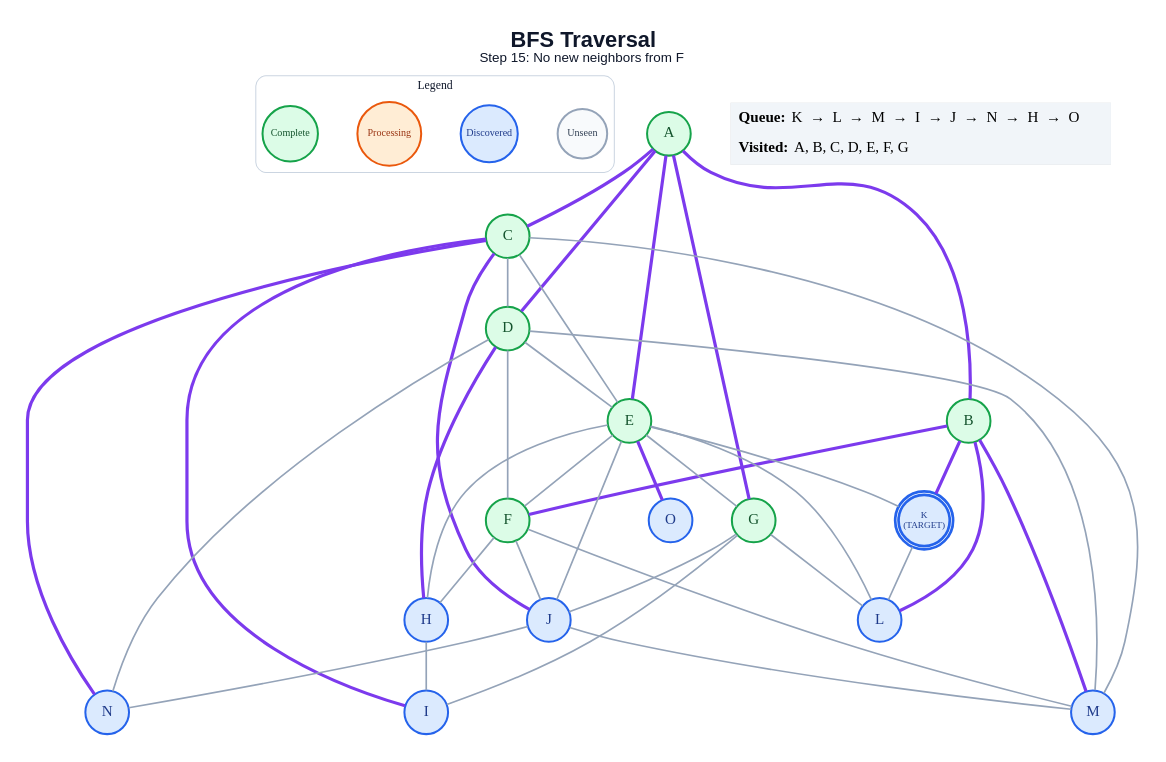
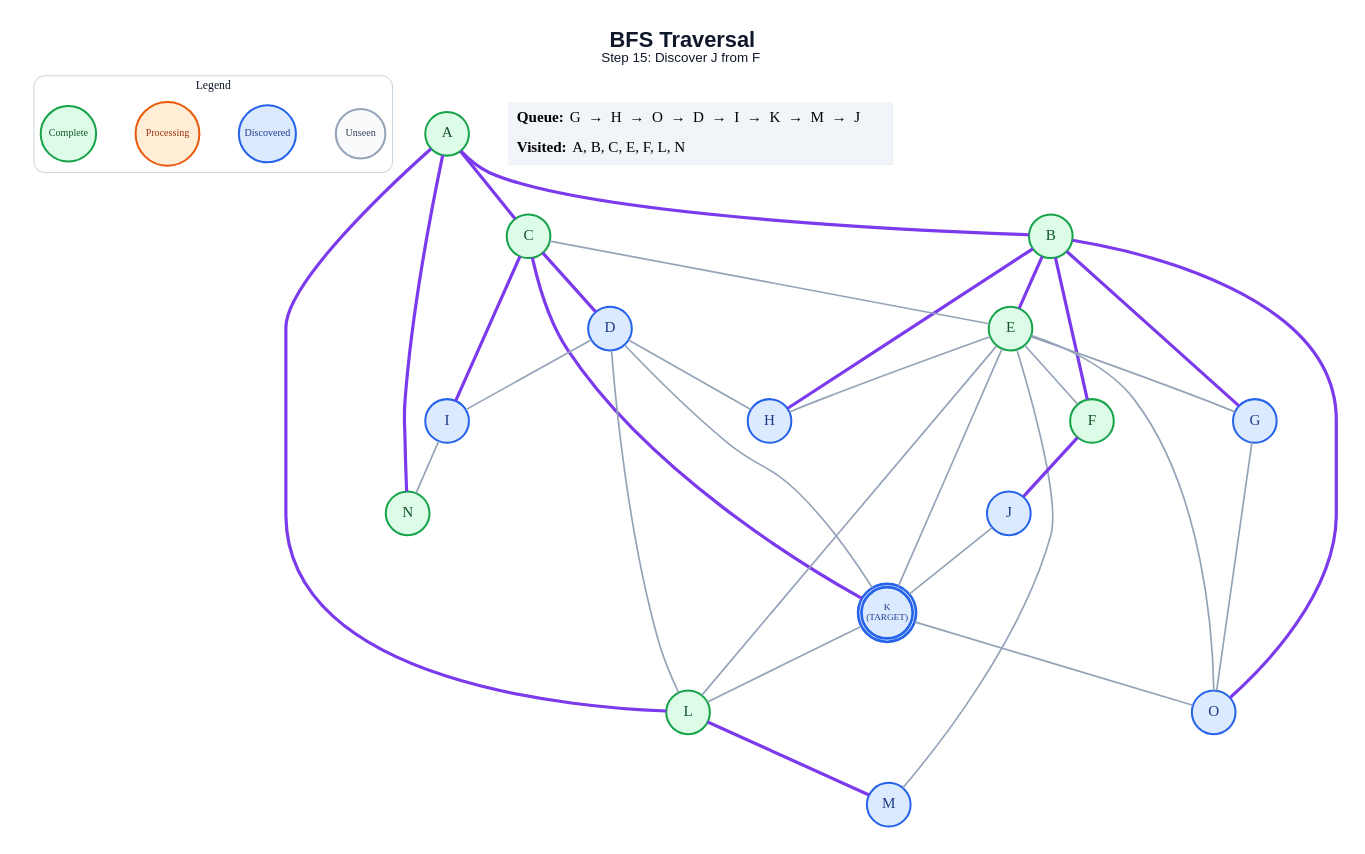
One commit to anon7238593-create/ai-slop changed the diagram in generated/specific-node/bfs/step_15.dot. Above: the diagram before and after it, drawn with Graphviz. The commit also changed 228 other files, not shown here.

```diff
--- a/generated/specific-node/bfs/step_15.dot
+++ b/generated/specific-node/bfs/step_15.dot
@@ -1,71 +1,65 @@
 graph traversal {
   graph [layout=dot, rankdir=TB, bgcolor="#FFFFFF", pad="0.35", nodesep="0.65", ranksep="0.8", fontname="Arial"];
   node [shape=circle, style="filled", fontname="Arial Bold", fontsize=18, width=0.72, fixedsize=true, penwidth=2.4];
   edge [color="#94A3B8", penwidth=2.0];
-  label=<<B>BFS Traversal</B><BR/><FONT POINT-SIZE="16">Step 15: No new neighbors from F</FONT>>; labelloc="t"; fontsize=26; fontname="Arial"; fontcolor="#0F172A";
+  label=<<B>BFS Traversal</B><BR/><FONT POINT-SIZE="16">Step 15: Discover J from F</FONT>>; labelloc="t"; fontsize=26; fontname="Arial"; fontcolor="#0F172A";
   subgraph cluster_legend { label="Legend"; color="#CBD5E1"; penwidth=1.2; style="rounded"; fontsize=14; fontname="Arial Bold";
     key_unseen [label="Unseen", fillcolor="#F8FAFC", color="#94A3B8", fontcolor="#334155", fontsize=12, width=0.82];
     key_frontier [label="Discovered", fillcolor="#DBEAFE", color="#2563EB", fontcolor="#1E3A8A", fontsize=12, width=0.95];
     key_current [label="Processing", fillcolor="#FFEDD5", color="#EA580C", fontcolor="#9A3412", fontsize=12, width=1.05];
     key_done [label="Complete", fillcolor="#DCFCE7", color="#16A34A", fontcolor="#14532D", fontsize=12, width=0.92];
     { rank=same; key_unseen; key_frontier; key_current; key_done; }
   }
   A [label="A", fillcolor="#DCFCE7", color="#16A34A", fontcolor="#14532D", peripheries=1, penwidth=2.4];
   B [label="B", fillcolor="#DCFCE7", color="#16A34A", fontcolor="#14532D", peripheries=1, penwidth=2.4];
   C [label="C", fillcolor="#DCFCE7", color="#16A34A", fontcolor="#14532D", peripheries=1, penwidth=2.4];
-  D [label="D", fillcolor="#DCFCE7", color="#16A34A", fontcolor="#14532D", peripheries=1, penwidth=2.4];
+  D [label="D", fillcolor="#DBEAFE", color="#2563EB", fontcolor="#1E3A8A", peripheries=1, penwidth=2.4];
   E [label="E", fillcolor="#DCFCE7", color="#16A34A", fontcolor="#14532D", peripheries=1, penwidth=2.4];
   F [label="F", fillcolor="#DCFCE7", color="#16A34A", fontcolor="#14532D", peripheries=1, penwidth=2.4];
-  G [label="G", fillcolor="#DCFCE7", color="#16A34A", fontcolor="#14532D", peripheries=1, penwidth=2.4];
+  G [label="G", fillcolor="#DBEAFE", color="#2563EB", fontcolor="#1E3A8A", peripheries=1, penwidth=2.4];
   H [label="H", fillcolor="#DBEAFE", color="#2563EB", fontcolor="#1E3A8A", peripheries=1, penwidth=2.4];
   I [label="I", fillcolor="#DBEAFE", color="#2563EB", fontcolor="#1E3A8A", peripheries=1, penwidth=2.4];
   J [label="J", fillcolor="#DBEAFE", color="#2563EB", fontcolor="#1E3A8A", peripheries=1, penwidth=2.4];
   K [label="K\n(TARGET)", fillcolor="#DBEAFE", color="#2563EB", fontcolor="#1E3A8A", peripheries=2, penwidth=3.2, fontsize=11, width=0.85, height=0.85];
-  L [label="L", fillcolor="#DBEAFE", color="#2563EB", fontcolor="#1E3A8A", peripheries=1, penwidth=2.4];
+  L [label="L", fillcolor="#DCFCE7", color="#16A34A", fontcolor="#14532D", peripheries=1, penwidth=2.4];
   M [label="M", fillcolor="#DBEAFE", color="#2563EB", fontcolor="#1E3A8A", peripheries=1, penwidth=2.4];
-  N [label="N", fillcolor="#DBEAFE", color="#2563EB", fontcolor="#1E3A8A", peripheries=1, penwidth=2.4];
+  N [label="N", fillcolor="#DCFCE7", color="#16A34A", fontcolor="#14532D", peripheries=1, penwidth=2.4];
   O [label="O", fillcolor="#DBEAFE", color="#2563EB", fontcolor="#1E3A8A", peripheries=1, penwidth=2.4];
   A -- B [color="#7C3AED", penwidth=3.8];
   A -- C [color="#7C3AED", penwidth=3.8];
-  A -- D [color="#7C3AED", penwidth=3.8];
-  A -- E [color="#7C3AED", penwidth=3.8];
-  A -- G [color="#7C3AED", penwidth=3.8];
+  A -- L [color="#7C3AED", penwidth=3.8];
+  A -- N [color="#7C3AED", penwidth=3.8];
+  B -- E [color="#7C3AED", penwidth=3.8];
   B -- F [color="#7C3AED", penwidth=3.8];
-  B -- K [color="#7C3AED", penwidth=3.8];
-  B -- L [color="#7C3AED", penwidth=3.8];
-  B -- M [color="#7C3AED", penwidth=3.8];
-  C -- D;
+  B -- G [color="#7C3AED", penwidth=3.8];
+  B -- H [color="#7C3AED", penwidth=3.8];
+  B -- O [color="#7C3AED", penwidth=3.8];
+  C -- D [color="#7C3AED", penwidth=3.8];
   C -- E;
   C -- I [color="#7C3AED", penwidth=3.8];
-  C -- J [color="#7C3AED", penwidth=3.8];
-  C -- M;
-  C -- N [color="#7C3AED", penwidth=3.8];
-  D -- E;
-  D -- F;
-  D -- H [color="#7C3AED", penwidth=3.8];
-  D -- M;
-  D -- N;
+  C -- K [color="#7C3AED", penwidth=3.8];
+  D -- H;
+  D -- I;
+  D -- K;
+  D -- L;
   E -- F;
   E -- G;
   E -- H;
-  E -- J;
   E -- K;
   E -- L;
-  E -- O [color="#7C3AED", penwidth=3.8];
-  F -- H;
-  F -- J;
-  F -- M;
-  G -- I;
-  G -- J;
-  G -- L;
-  H -- I;
-  J -- M;
-  J -- N;
+  E -- M;
+  E -- O;
+  F -- J [color="#7C3AED", penwidth=3.8];
+  G -- O;
+  I -- N;
+  J -- K;
   K -- L;
+  K -- O;
+  L -- M [color="#7C3AED", penwidth=3.8];
   status [shape=plain, fixedsize=false, width=0, height=0, margin=0, label=<
     <TABLE BORDER="0" CELLBORDER="0" CELLPADDING="7" BGCOLOR="#F1F5F9">
-      <TR><TD ALIGN="LEFT"><B>Queue:</B> K  →  L  →  M  →  I  →  J  →  N  →  H  →  O</TD></TR>
-      <TR><TD ALIGN="LEFT"><B>Visited:</B> A, B, C, D, E, F, G</TD></TR>
+      <TR><TD ALIGN="LEFT"><B>Queue:</B> G  →  H  →  O  →  D  →  I  →  K  →  M  →  J</TD></TR>
+      <TR><TD ALIGN="LEFT"><B>Visited:</B> A, B, C, E, F, L, N</TD></TR>
     </TABLE>
   >];
 }
```
